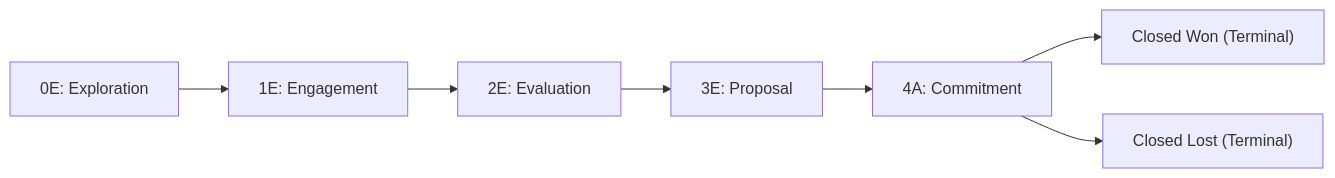
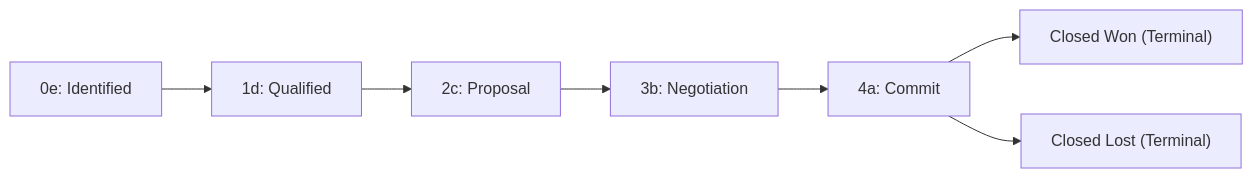
One commit to Super-ERP/crm-v2 changed the diagram in docs/user-guide/04-opportunities-and-funnel.md. Above: the diagram before and after it, drawn with Mermaid. The commit also changed other lines of this file and 10 other files, not shown here.

````diff
--- a/docs/user-guide/04-opportunities-and-funnel.md
+++ b/docs/user-guide/04-opportunities-and-funnel.md
@@ -43,9 +43,9 @@
 ```mermaid
 flowchart LR
-    S0["0E: Exploration"] --> S1["1E: Engagement"]
-    S1 --> S2["2E: Evaluation"]
-    S2 --> S3["3E: Proposal"]
-    S3 --> S4["4A: Commitment"]
+    S0["0e: Identified"] --> S1["1d: Qualified"]
+    S1 --> S2["2c: Proposal"]
+    S2 --> S3["3b: Negotiation"]
+    S3 --> S4["4a: Commit"]
     S4 --> CW["Closed Won (Terminal)"]
     S4 --> CL["Closed Lost (Terminal)"]
 ```
````
